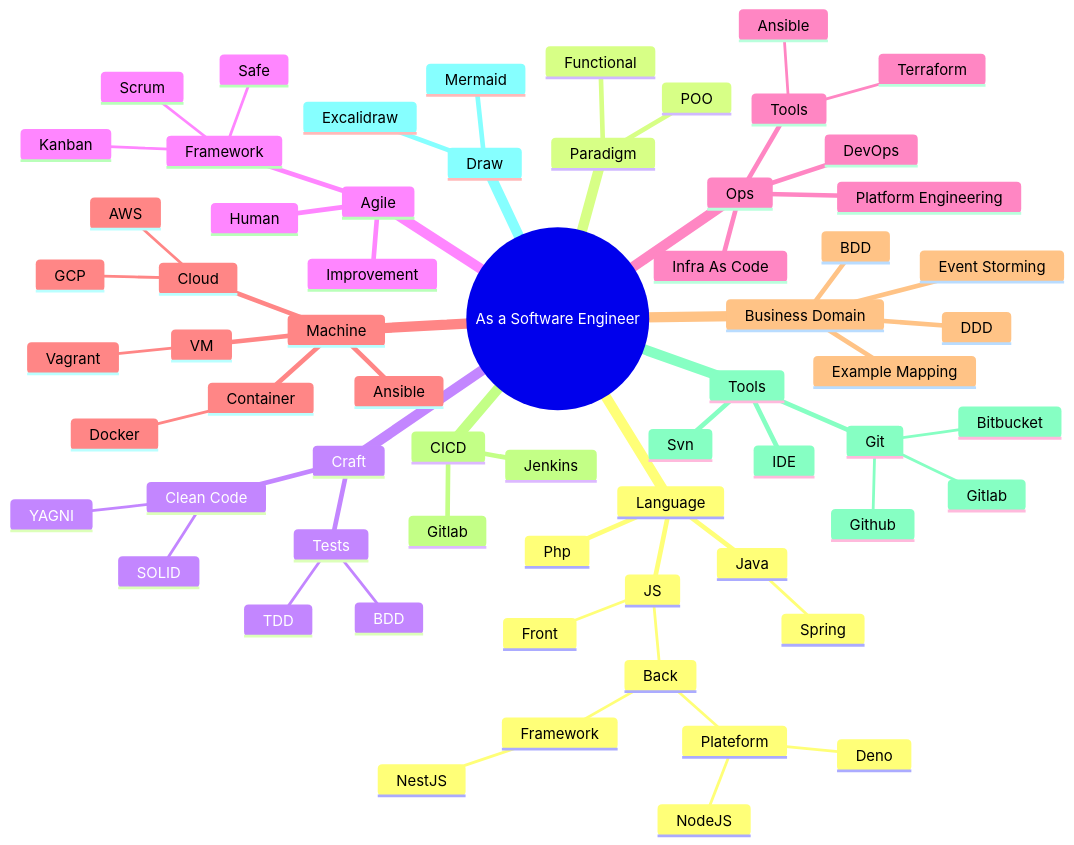
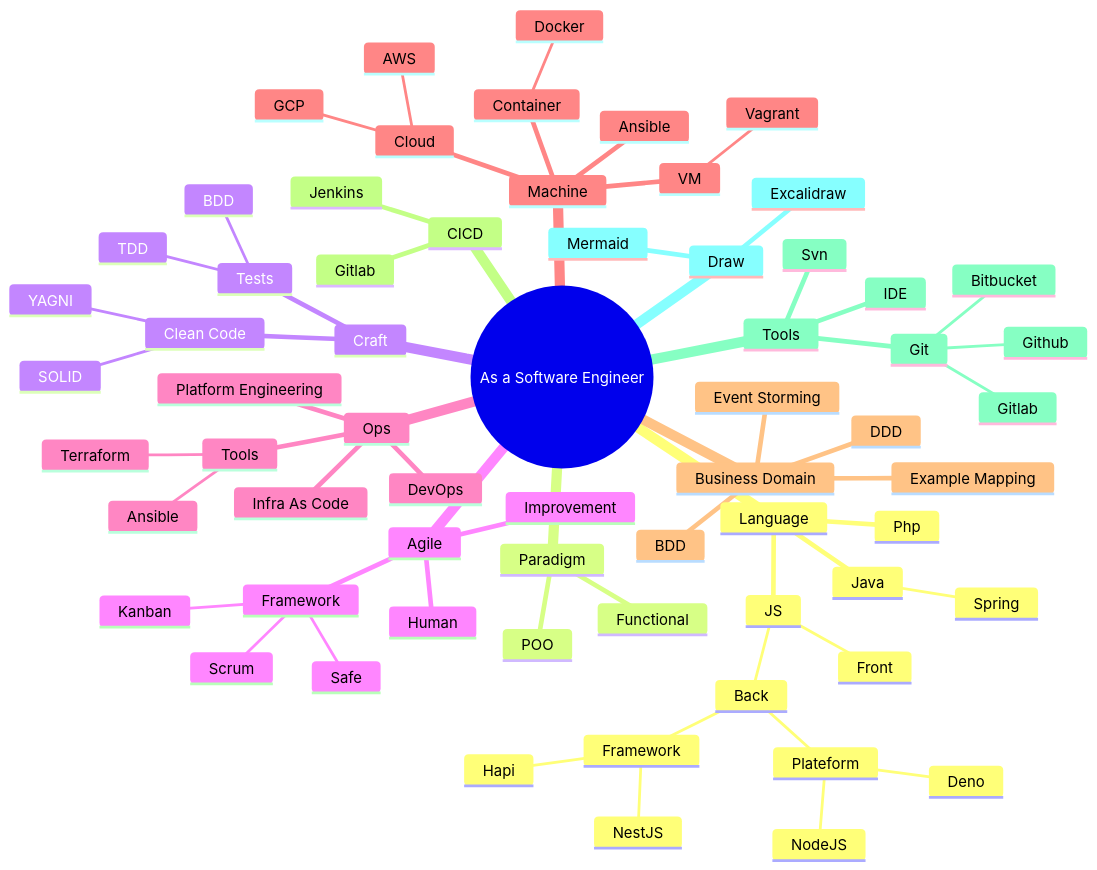
Before and after one commit to tanguybernard/computer-science-knowledge: the diagram in README.md, drawn with Mermaid.

````diff
--- a/README.md
+++ b/README.md
@@ -6,68 +6,69 @@
 ```mermaid
 mindmap
   root((As a Software Engineer))
     Language
       Php
       JS
         Front
         Back
           Plateform
             Deno
             NodeJS
           Framework
             NestJS
+            Hapi
       Java
         Spring
         
     Paradigm
       POO
       Functional
     Craft
       Clean Code
         SOLID
         YAGNI
       Tests
         TDD
         BDD
     Agile
       Human
       Improvement
       Framework
         Scrum
         Kanban
         Safe
     Ops
       DevOps
       Infra As Code
       Platform Engineering
       Tools
         Ansible
         Terraform
     Machine
       VM
         Vagrant
       Ansible
       Container
         Docker
       Cloud
         AWS
         GCP
     Business Domain
       DDD
       BDD
       Event Storming
       Example Mapping
     CICD
       Jenkins
       Gitlab
     Tools
       IDE
       Svn
       Git
         Github
         Gitlab
         Bitbucket
     Draw
       Excalidraw
       Mermaid
 ```
````
